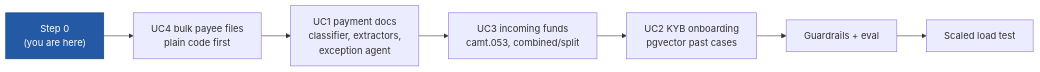
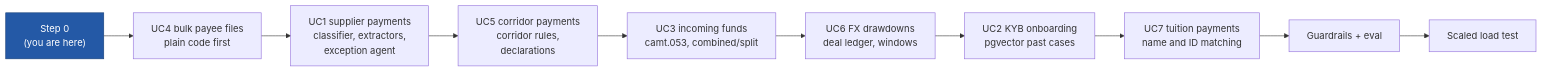
Before and after one commit to tirumani-ai/clear_rail_fde: the first of 2 diagrams in README.md, drawn with Mermaid. The commit also changed other lines of this file and 607 other files, not shown here.

First line of the commit message:
Seven payment use cases: replace trade-docs UC1, add UC5-UC7

````diff
--- a/README.md
+++ b/README.md
@@ -31,10 +36,13 @@
 ```mermaid
 graph LR
     S0["Step 0<br/>(you are here)"] --> S1[UC4 bulk payee files<br/>plain code first]
-    S1 --> S2[UC1 payment docs<br/>classifier, extractors,<br/>exception agent]
-    S2 --> S3[UC3 incoming funds<br/>camt.053, combined/split]
-    S3 --> S4[UC2 KYB onboarding<br/>pgvector past cases]
-    S4 --> S5[Guardrails + eval]
-    S5 --> S6[Scaled load test]
+    S1 --> S2[UC1 supplier payments<br/>classifier, extractors,<br/>exception agent]
+    S2 --> S3[UC5 corridor payments<br/>corridor rules,<br/>declarations]
+    S3 --> S4[UC3 incoming funds<br/>camt.053, combined/split]
+    S4 --> S5[UC6 FX drawdowns<br/>deal ledger, windows]
+    S5 --> S6[UC2 KYB onboarding<br/>pgvector past cases]
+    S6 --> S7[UC7 tuition payments<br/>name and ID matching]
+    S7 --> S8[Guardrails + eval]
+    S8 --> S9[Scaled load test]
     style S0 fill:#2459A6,stroke:#173F78,color:#fff
 ```
````
